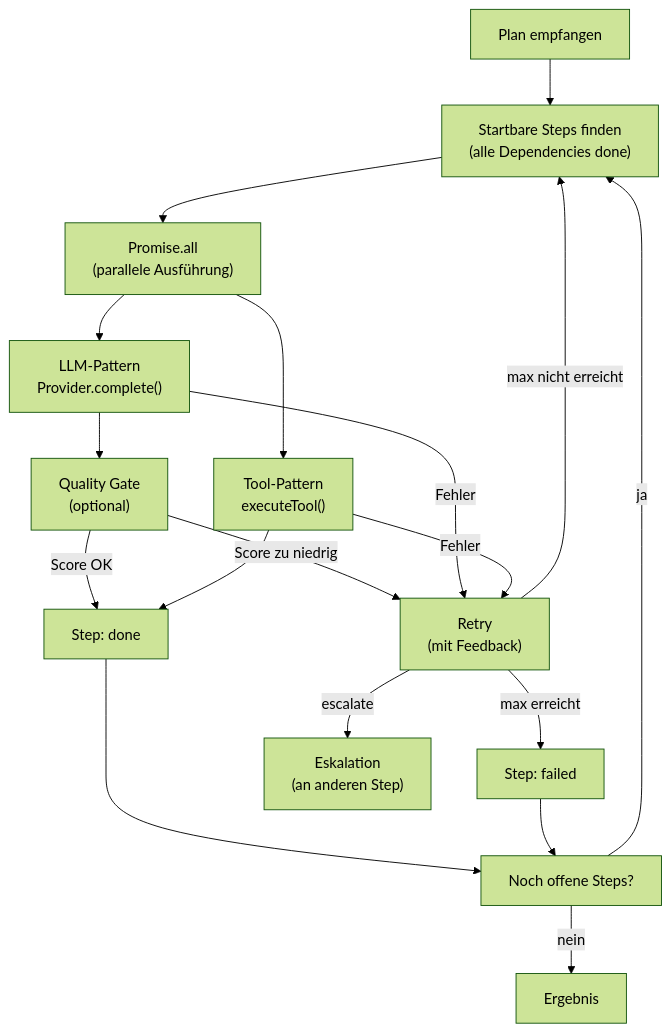
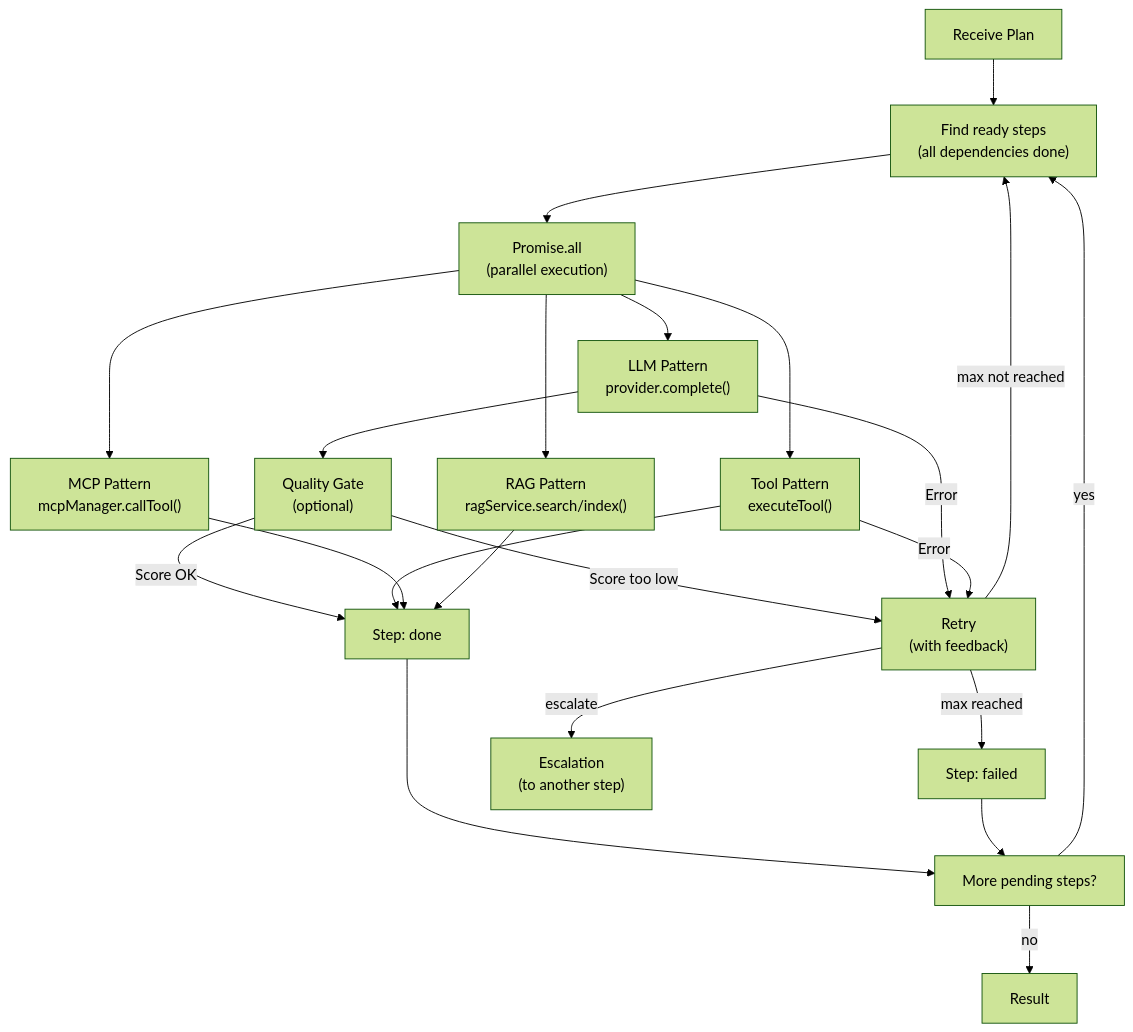
Before and after one commit to trosinde/AIOS: the fourth of 5 diagrams in docs/ARCHITECTURE.md, drawn with Mermaid (forest theme). The commit also changed other lines of this file and 14 other files, not shown here.

````diff
--- a/docs/ARCHITECTURE.md
+++ b/docs/ARCHITECTURE.md
@@ -197,33 +212,39 @@
 ```mermaid
 graph TD
-    Start["Plan empfangen"]
-    Find["Startbare Steps finden<br/>(alle Dependencies done)"]
-    Parallel["Promise.all<br/>(parallele Ausführung)"]
-    LLM["LLM-Pattern<br/>Provider.complete()"]
-    Tool["Tool-Pattern<br/>executeTool()"]
+    Start["Receive Plan"]
+    Find["Find ready steps<br/>(all dependencies done)"]
+    Parallel["Promise.all<br/>(parallel execution)"]
+    LLM["LLM Pattern<br/>provider.complete()"]
+    Tool["Tool Pattern<br/>executeTool()"]
+    MCP_S["MCP Pattern<br/>mcpManager.callTool()"]
+    RAG_S["RAG Pattern<br/>ragService.search/index()"]
     QG["Quality Gate<br/>(optional)"]
     Done["Step: done"]
     Failed["Step: failed"]
-    Retry["Retry<br/>(mit Feedback)"]
-    Escalate["Eskalation<br/>(an anderen Step)"]
-    Check["Noch offene Steps?"]
-    End["Ergebnis"]
+    Retry["Retry<br/>(with feedback)"]
+    Escalate["Escalation<br/>(to another step)"]
+    Check["More pending steps?"]
+    End["Result"]
 
     Start --> Find
     Find --> Parallel
     Parallel --> LLM
     Parallel --> Tool
+    Parallel --> MCP_S
+    Parallel --> RAG_S
     LLM --> QG
     QG -->|"Score OK"| Done
-    QG -->|"Score zu niedrig"| Retry
+    QG -->|"Score too low"| Retry
     Tool --> Done
-    LLM -->|"Fehler"| Retry
-    Tool -->|"Fehler"| Retry
-    Retry -->|"max nicht erreicht"| Find
-    Retry -->|"max erreicht"| Failed
+    MCP_S --> Done
+    RAG_S --> Done
+    LLM -->|"Error"| Retry
+    Tool -->|"Error"| Retry
+    Retry -->|"max not reached"| Find
+    Retry -->|"max reached"| Failed
     Retry -->|"escalate"| Escalate
     Done --> Check
     Failed --> Check
-    Check -->|"ja"| Find
-    Check -->|"nein"| End
+    Check -->|"yes"| Find
+    Check -->|"no"| End
 ```
````
